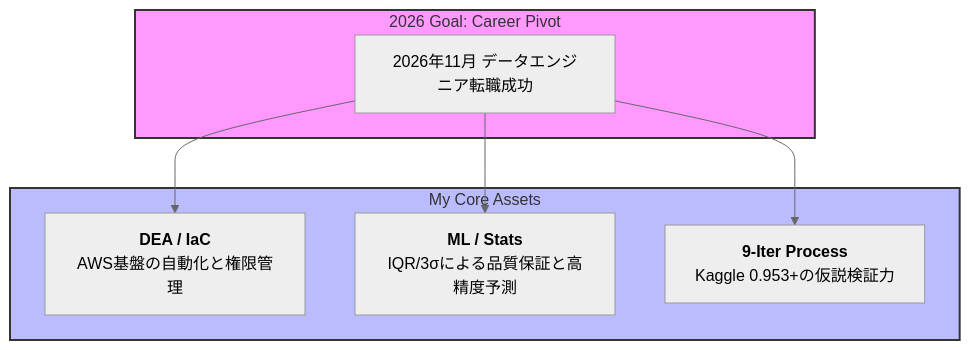
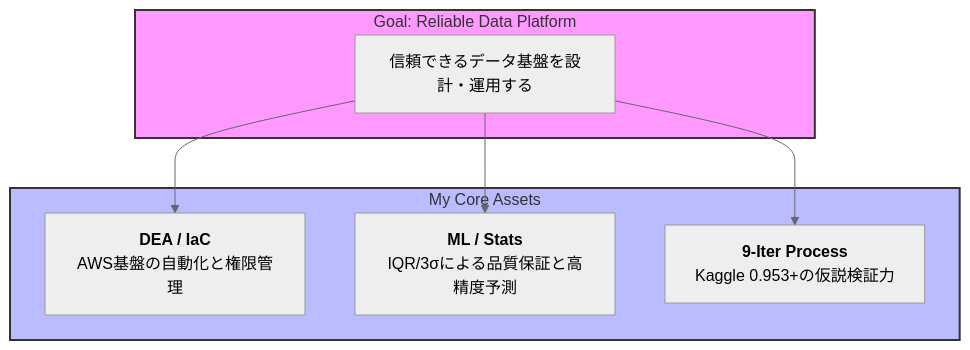
The diagram in README.md (kou-sato-ds/kou-sato-ds), drawn with Mermaid (neutral theme) before and after one commit.

````diff
--- a/README.md
+++ b/README.md
@@ -21,17 +21,17 @@
 ```mermaid
 graph TD
-    subgraph Goal [2026 Goal: Career Pivot]
-        G1[2026年11月 データエンジニア転職成功]
+    subgraph Goal [Goal: Reliable Data Platform]
+        G1[信頼できるデータ基盤を設計・運用する]
     end
 
     subgraph Achievements [My Core Assets]
         A1[<b>DEA / IaC</b><br/>AWS基盤の自動化と権限管理]
         A2[<b>ML / Stats</b><br/>IQR/3σによる品質保証と高精度予測]
         A3[<b>9-Iter Process</b><br/>Kaggle 0.953+の仮説検証力]
     end
 
     G1 --> A1 & A2 & A3
 
     style Goal fill:#f9f,stroke:#333,stroke-width:2px
     style Achievements fill:#bbf,stroke:#333,stroke-width:2px
 ```
````
